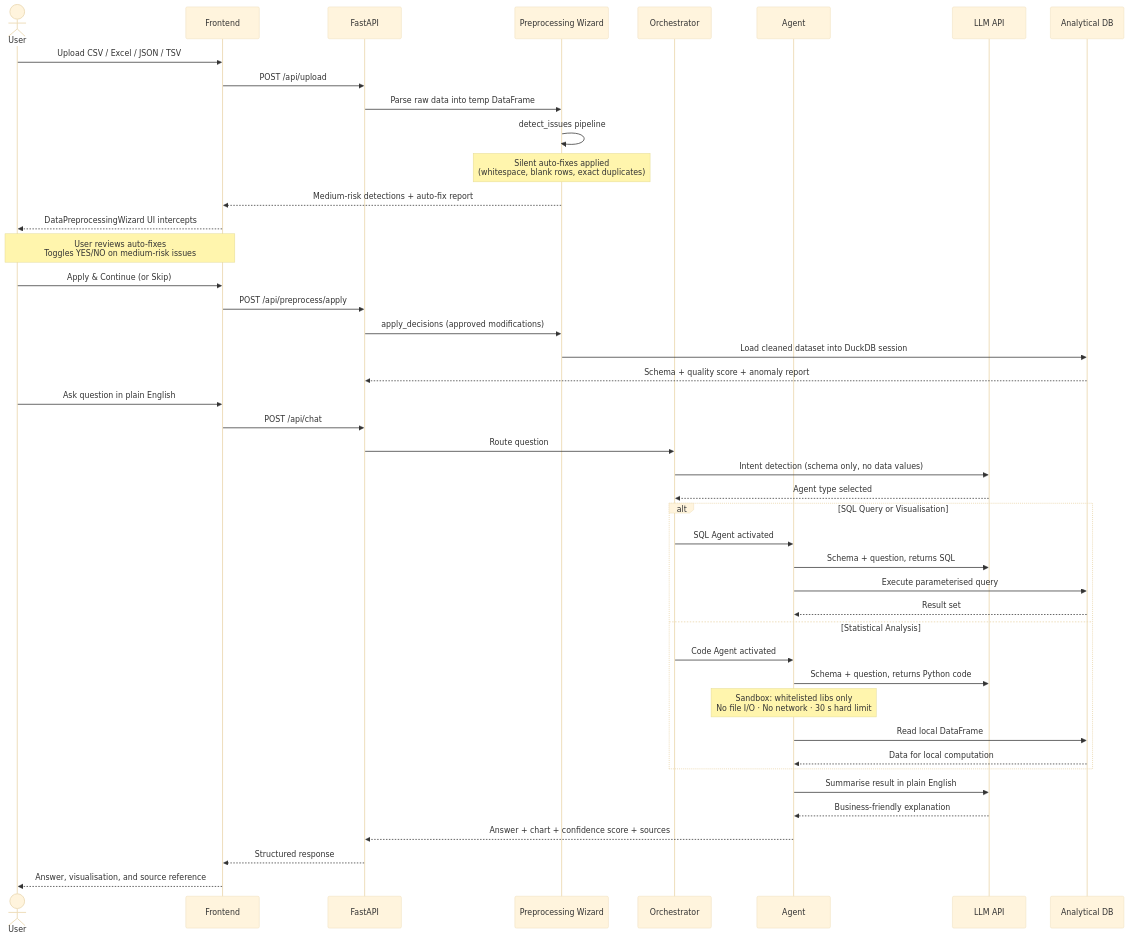
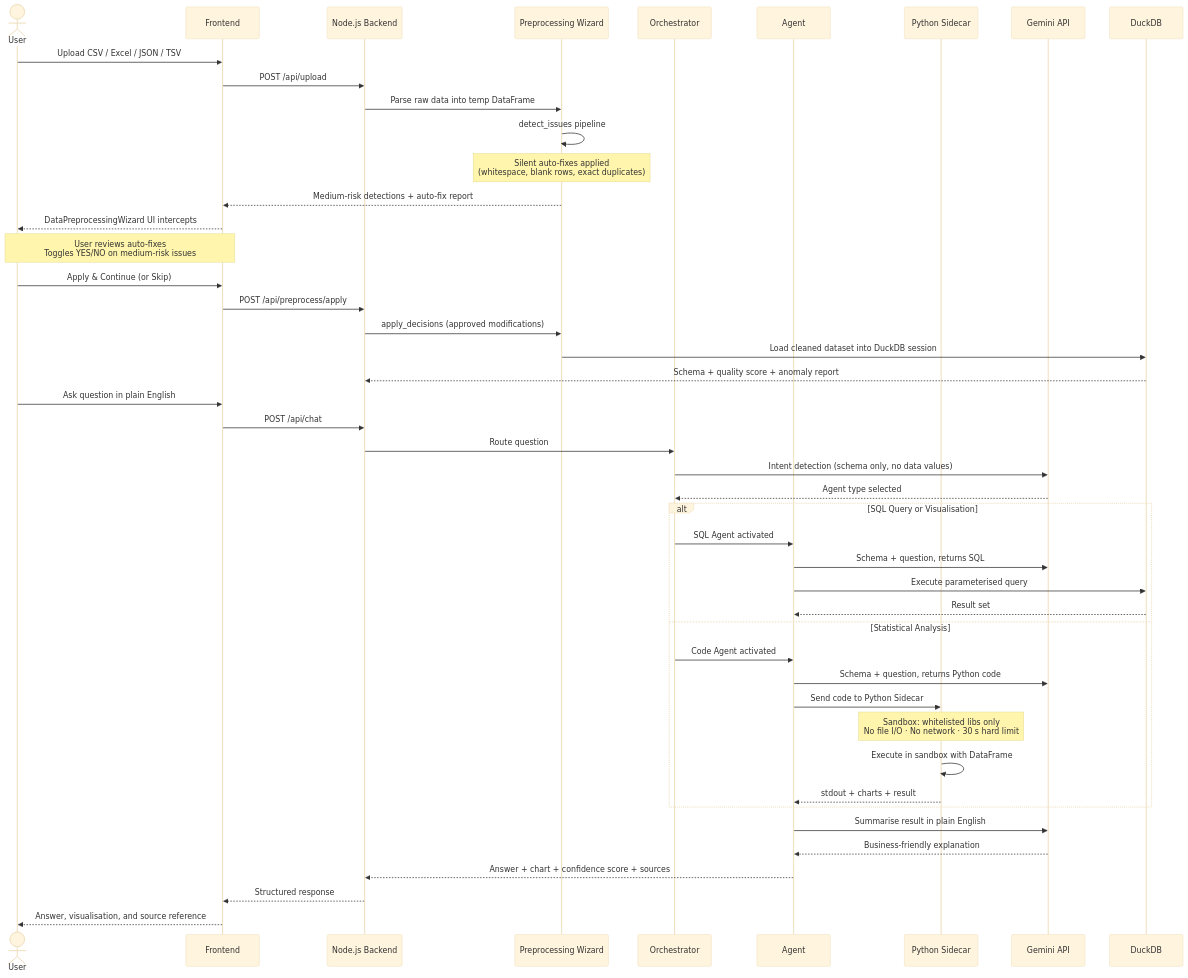
The second of 2 diagrams in README.md (Gagan202005/Natwest-Hackathon), drawn with Mermaid (base theme) before and after one commit. The commit also changed other lines of this file and 8 other files, not shown here.

````diff
--- a/README.md
+++ b/README.md
@@ -44,51 +43,53 @@
 ```mermaid
 sequenceDiagram
     actor U as User
     participant F as Frontend
-    participant B as FastAPI
+    participant B as Node.js Backend
     participant W as Preprocessing Wizard
     participant O as Orchestrator
     participant A as Agent
-    participant L as LLM API
-    participant D as Analytical DB
+    participant S as Python Sidecar
+    participant L as Gemini API
+    participant D as DuckDB
 
     U->>F: Upload CSV / Excel / JSON / TSV
     F->>B: POST /api/upload
     B->>W: Parse raw data into temp DataFrame
     W->>W: detect_issues pipeline
     Note over W: Silent auto-fixes applied<br/>(whitespace, blank rows, exact duplicates)
     W-->>F: Medium-risk detections + auto-fix report
 
     F-->>U: DataPreprocessingWizard UI intercepts
     Note over U,F: User reviews auto-fixes<br/>Toggles YES/NO on medium-risk issues
     U->>F: Apply & Continue (or Skip)
     F->>B: POST /api/preprocess/apply
     B->>W: apply_decisions (approved modifications)
     W->>D: Load cleaned dataset into DuckDB session
     D-->>B: Schema + quality score + anomaly report
 
     U->>F: Ask question in plain English
     F->>B: POST /api/chat
     B->>O: Route question
     O->>L: Intent detection (schema only, no data values)
     L-->>O: Agent type selected
 
     alt SQL Query or Visualisation
         O->>A: SQL Agent activated
         A->>L: Schema + question, returns SQL
         A->>D: Execute parameterised query
         D-->>A: Result set
     else Statistical Analysis
         O->>A: Code Agent activated
         A->>L: Schema + question, returns Python code
-        Note over A: Sandbox: whitelisted libs only<br/>No file I/O · No network · 30 s hard limit
-        A->>D: Read local DataFrame
-        D-->>A: Data for local computation
+        A->>S: Send code to Python Sidecar
+        Note over S: Sandbox: whitelisted libs only<br/>No file I/O · No network · 30 s hard limit
+        S->>S: Execute in sandbox with DataFrame
+        S-->>A: stdout + charts + result
     end
 
     A->>L: Summarise result in plain English
     L-->>A: Business-friendly explanation
     A-->>B: Answer + chart + confidence score + sources
     B-->>F: Structured response
     F-->>U: Answer, visualisation, and source reference
 ```
````
